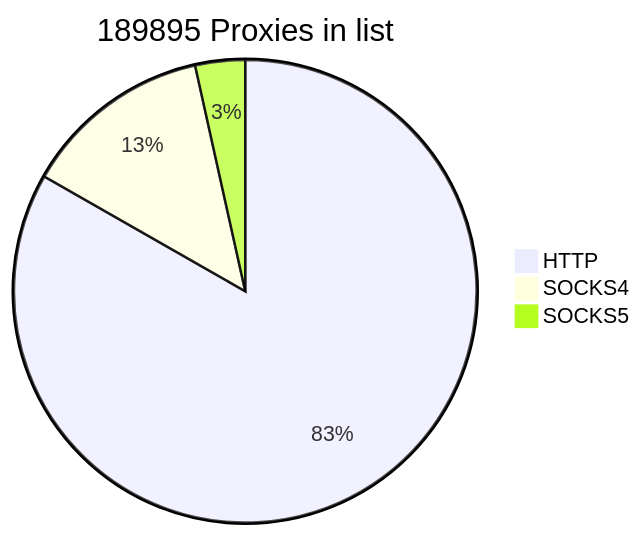
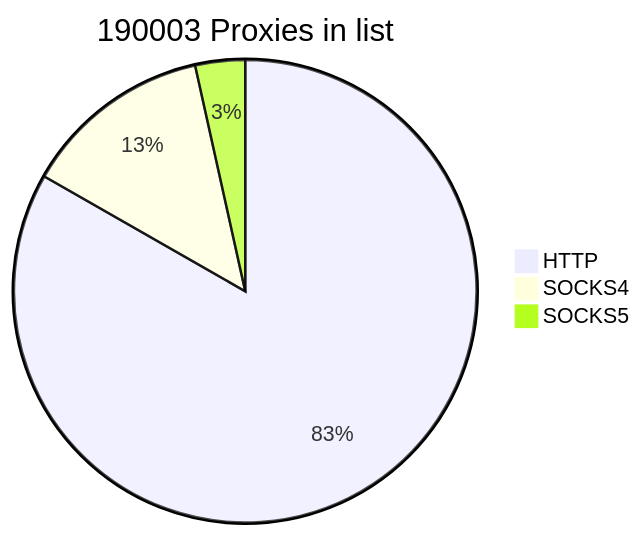
One commit to cutipu/proxylist changed the first of 2 diagrams in README.md. Above: the diagram before and after it, drawn with Mermaid. The commit also changed other lines of this file, not shown here.

````diff
--- a/README.md
+++ b/README.md
@@ -2,7 +2,7 @@
 ```mermaid
-pie title 189895 Proxies in list
-    "HTTP" : 158097
+pie title 190003 Proxies in list
+    "HTTP" : 158207
     "SOCKS4" : 25188
-    "SOCKS5" : 6610
+    "SOCKS5" : 6608
             
 ```
````
